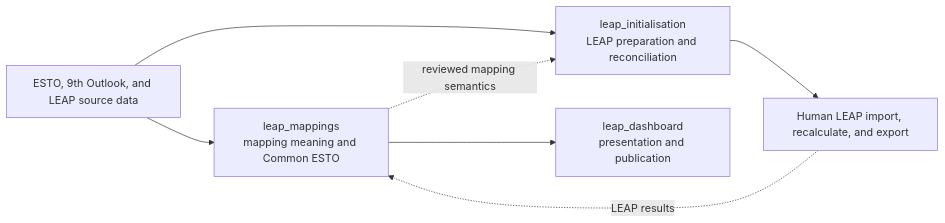
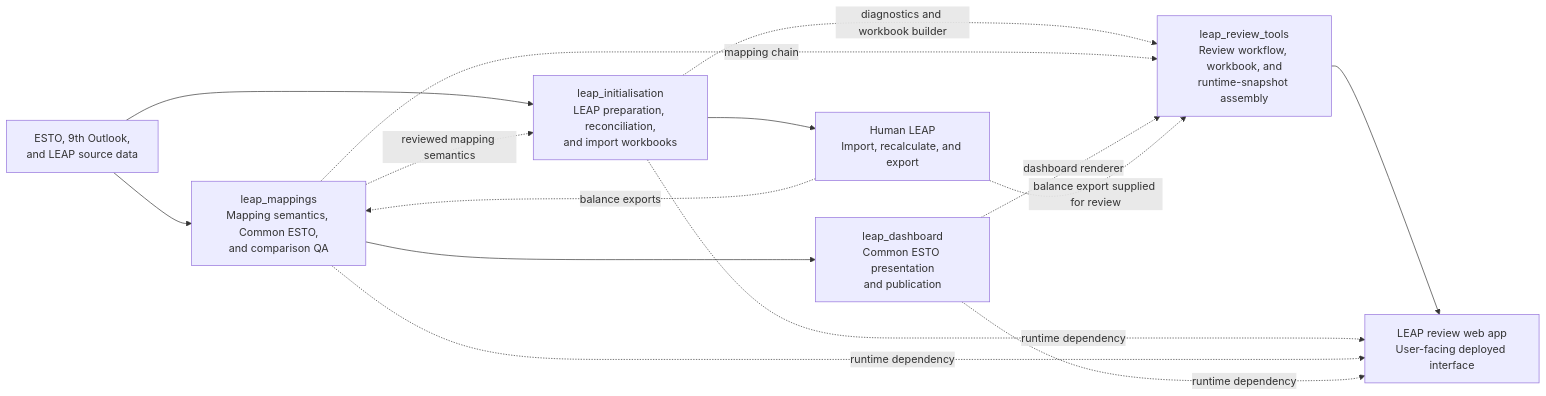
Before and after one commit to asia-pacific-energy-research-centre/leap_mappings: the diagram in docs/start_here.md, drawn with Mermaid. The commit also changed other lines of this file, not shown here.

Commit message:
codex: document review tool dependencies
Verification: git diff --check passed.

````diff
--- a/docs/start_here.md
+++ b/docs/start_here.md
@@ -19,15 +21,26 @@
 ```mermaid
 flowchart LR
-    SOURCE["ESTO, 9th Outlook, and LEAP source data"]
-    MAP["leap_mappings\nmapping meaning and Common ESTO"]
-    INIT["leap_initialisation\nLEAP preparation and reconciliation"]
-    LEAP["Human LEAP import, recalculate, and export"]
-    DASH["leap_dashboard\npresentation and publication"]
+    SOURCE["ESTO, 9th Outlook,<br/>and LEAP source data"]
+    MAP["leap_mappings<br/>Mapping semantics, Common ESTO,<br/>and comparison QA"]
+    INIT["leap_initialisation<br/>LEAP preparation, reconciliation,<br/>and import workbooks"]
+    LEAP["Human LEAP<br/>Import, recalculate, and export"]
+    DASH["leap_dashboard<br/>Common ESTO presentation<br/>and publication"]
+    REVIEW["leap_review_tools<br/>Review workflow, workbook, and<br/>runtime-snapshot assembly"]
+    WEB["LEAP review web app<br/>User-facing deployed interface"]
 
     SOURCE --> MAP
     SOURCE --> INIT
     MAP -. "reviewed mapping semantics" .-> INIT
     INIT --> LEAP
-    LEAP -. "LEAP results" .-> MAP
+    LEAP -. "balance exports" .-> MAP
     MAP --> DASH
+
+    INIT -. "diagnostics and workbook builder" .-> REVIEW
+    MAP -. "mapping chain" .-> REVIEW
+    DASH -. "dashboard renderer" .-> REVIEW
+    LEAP -. "balance export supplied for review" .-> REVIEW
+    REVIEW --> WEB
+    INIT -. "runtime dependency" .-> WEB
+    MAP -. "runtime dependency" .-> WEB
+    DASH -. "runtime dependency" .-> WEB
 ```
````
